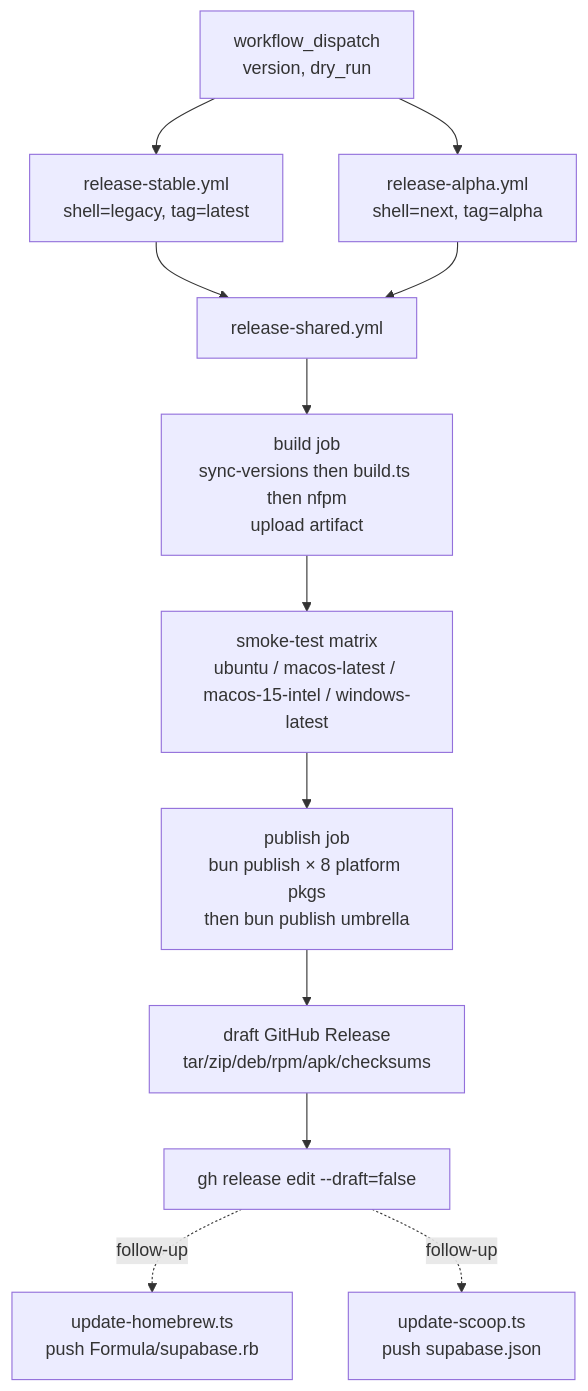
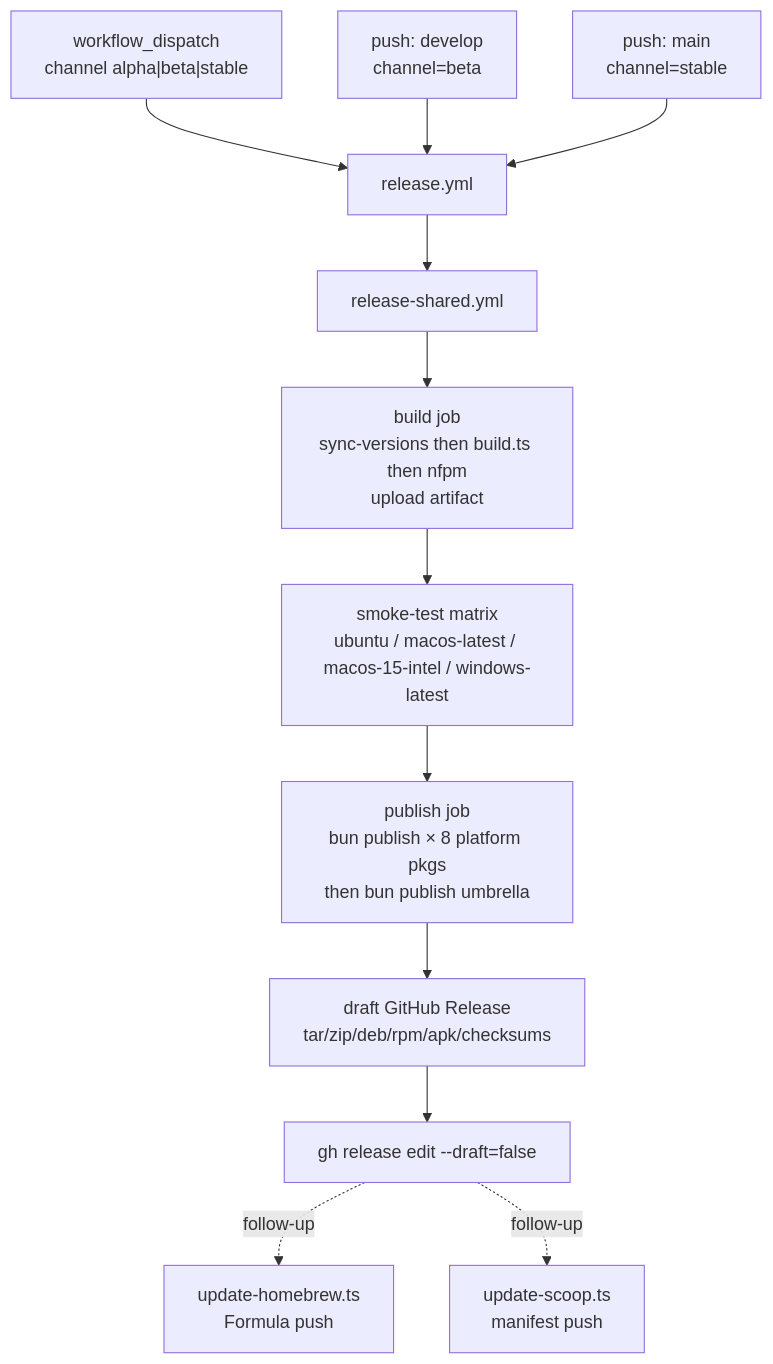
One commit to supabase/cli changed the diagram in docs/adr/0011-cli-release-and-distribution-strategy.md. Above: the diagram before and after it, drawn with Mermaid. The commit also changed other lines of this file and 4 other files, not shown here.

Commit message:
docs(cli): beta channel README/ADR; stack prefetch updates

````diff
--- a/docs/adr/0011-cli-release-and-distribution-strategy.md
+++ b/docs/adr/0011-cli-release-and-distribution-strategy.md
@@ -133,22 +134,23 @@
 ```mermaid
 flowchart TD
-    trigger["workflow_dispatch<br/>version, dry_run"]
-    stable["release-stable.yml<br/>shell=legacy, tag=latest"]
-    alpha["release-alpha.yml<br/>shell=next, tag=alpha"]
+    dispatch["workflow_dispatch<br/>channel alpha|beta|stable"]
+    pushDev["push: develop<br/>channel=beta"]
+    pushMain["push: main<br/>channel=stable"]
+    releaseYml["release.yml"]
     shared["release-shared.yml"]
     build["build job<br/>sync-versions then build.ts then nfpm<br/>upload artifact"]
     smoke["smoke-test matrix<br/>ubuntu / macos-latest / macos-15-intel / windows-latest"]
     publish["publish job<br/>bun publish × 8 platform pkgs<br/>then bun publish umbrella"]
-    release["draft GitHub Release<br/>tar/zip/deb/rpm/apk/checksums"]
+    ghRelease["draft GitHub Release<br/>tar/zip/deb/rpm/apk/checksums"]
     finalize["gh release edit --draft=false"]
-    hbUpdate["update-homebrew.ts<br/>push Formula/supabase.rb"]
-    scoopUpdate["update-scoop.ts<br/>push supabase.json"]
+    hbUpdate["update-homebrew.ts<br/>Formula push"]
+    scoopUpdate["update-scoop.ts<br/>manifest push"]
 
-    trigger --> stable
-    trigger --> alpha
-    stable --> shared
-    alpha --> shared
-    shared --> build --> smoke --> publish --> release --> finalize
+    dispatch --> releaseYml
+    pushDev --> releaseYml
+    pushMain --> releaseYml
+    releaseYml --> shared
+    shared --> build --> smoke --> publish --> ghRelease --> finalize
     finalize -.follow-up.-> hbUpdate
     finalize -.follow-up.-> scoopUpdate
 ```
````
